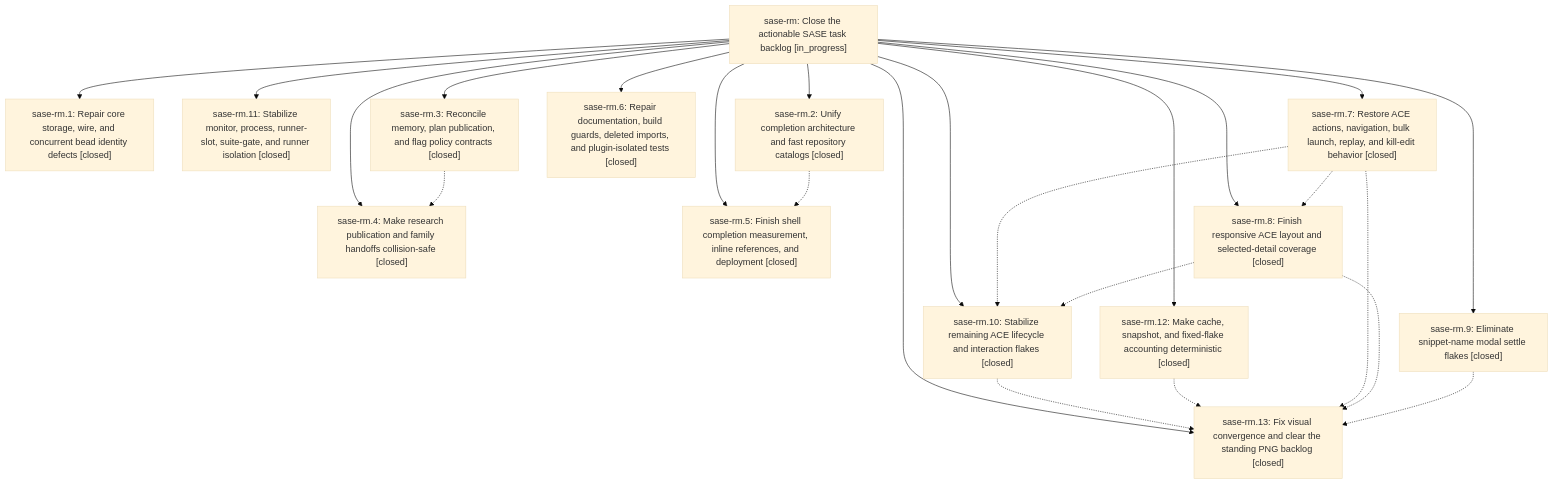
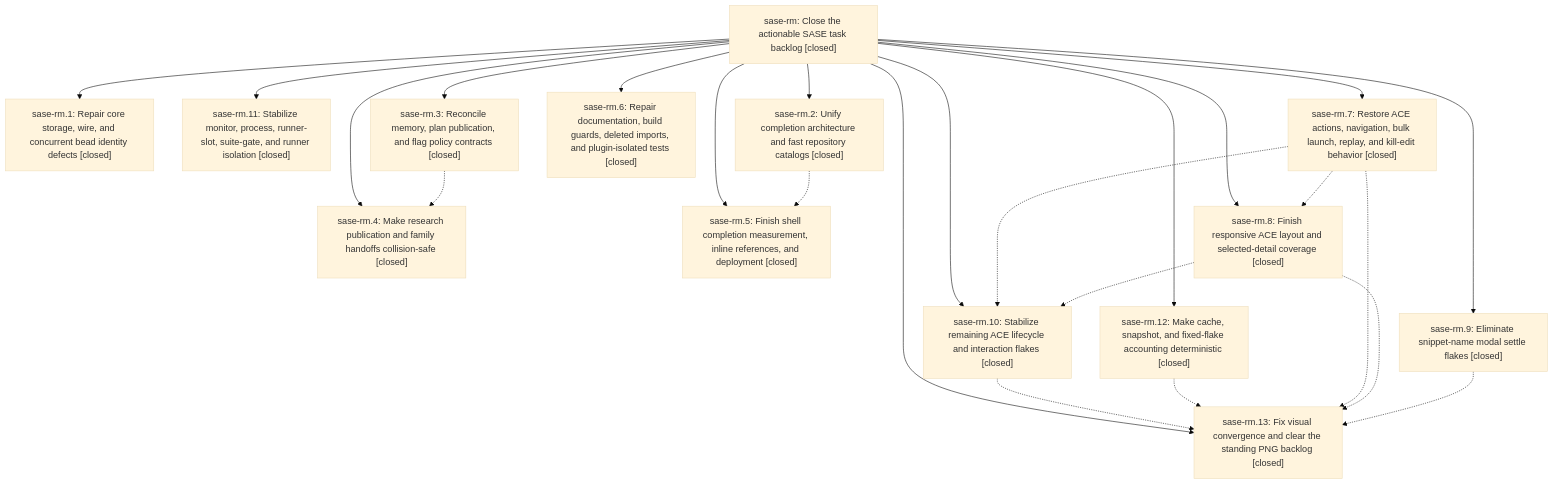
The diagram in pages/sase-rm/README.md (sase-org/sase--beads), drawn with Mermaid (base theme) before and after one commit. The commit also changed other lines of this file, not shown here.

First line of the commit message:
chore(beads): sync bead state and pages for sase-rm

````diff
--- a/pages/sase-rm/README.md
+++ b/pages/sase-rm/README.md
@@ -64,40 +64,40 @@
 ```mermaid
 flowchart TD
-    n0["sase-rm: Close the actionable SASE task backlog [in_progress]"]
+    n0["sase-rm: Close the actionable SASE task backlog [closed]"]
     n1["sase-rm.1: Repair core storage, wire, and concurrent bead identity defects [closed]"]
     n2["sase-rm.10: Stabilize remaining ACE lifecycle and interaction flakes [closed]"]
     n3["sase-rm.11: Stabilize monitor, process, runner-slot, suite-gate, and runner isolation [closed]"]
     n4["sase-rm.12: Make cache, snapshot, and fixed-flake accounting deterministic [closed]"]
     n5["sase-rm.13: Fix visual convergence and clear the standing PNG backlog [closed]"]
     n6["sase-rm.2: Unify completion architecture and fast repository catalogs [closed]"]
     n7["sase-rm.3: Reconcile memory, plan publication, and flag policy contracts [closed]"]
     n8["sase-rm.4: Make research publication and family handoffs collision-safe [closed]"]
     n9["sase-rm.5: Finish shell completion measurement, inline references, and deployment [closed]"]
     n10["sase-rm.6: Repair documentation, build guards, deleted imports, and plugin-isolated tests [closed]"]
     n11["sase-rm.7: Restore ACE actions, navigation, bulk launch, replay, and kill-edit behavior [closed]"]
     n12["sase-rm.8: Finish responsive ACE layout and selected-detail coverage [closed]"]
     n13["sase-rm.9: Eliminate snippet-name modal settle flakes [closed]"]
     n0 --> n1
     n0 --> n2
     n0 --> n3
     n0 --> n4
     n0 --> n5
     n0 --> n6
     n0 --> n7
     n0 --> n8
     n0 --> n9
     n0 --> n10
     n0 --> n11
     n0 --> n12
     n0 --> n13
     n2 -.-> n5
     n4 -.-> n5
     n6 -.-> n9
     n7 -.-> n8
     n11 -.-> n2
     n11 -.-> n5
     n11 -.-> n12
     n12 -.-> n2
     n12 -.-> n5
     n13 -.-> n5
 ```
````
